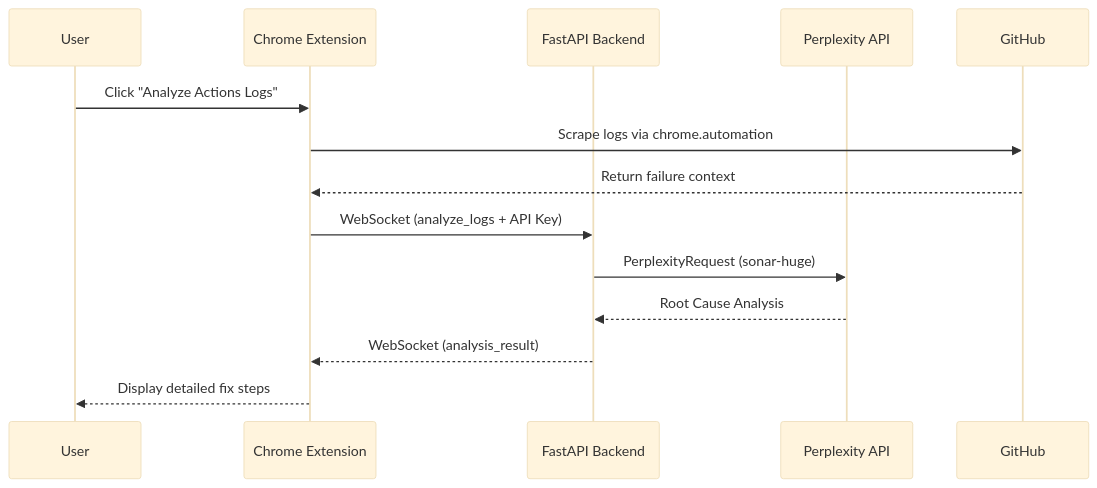
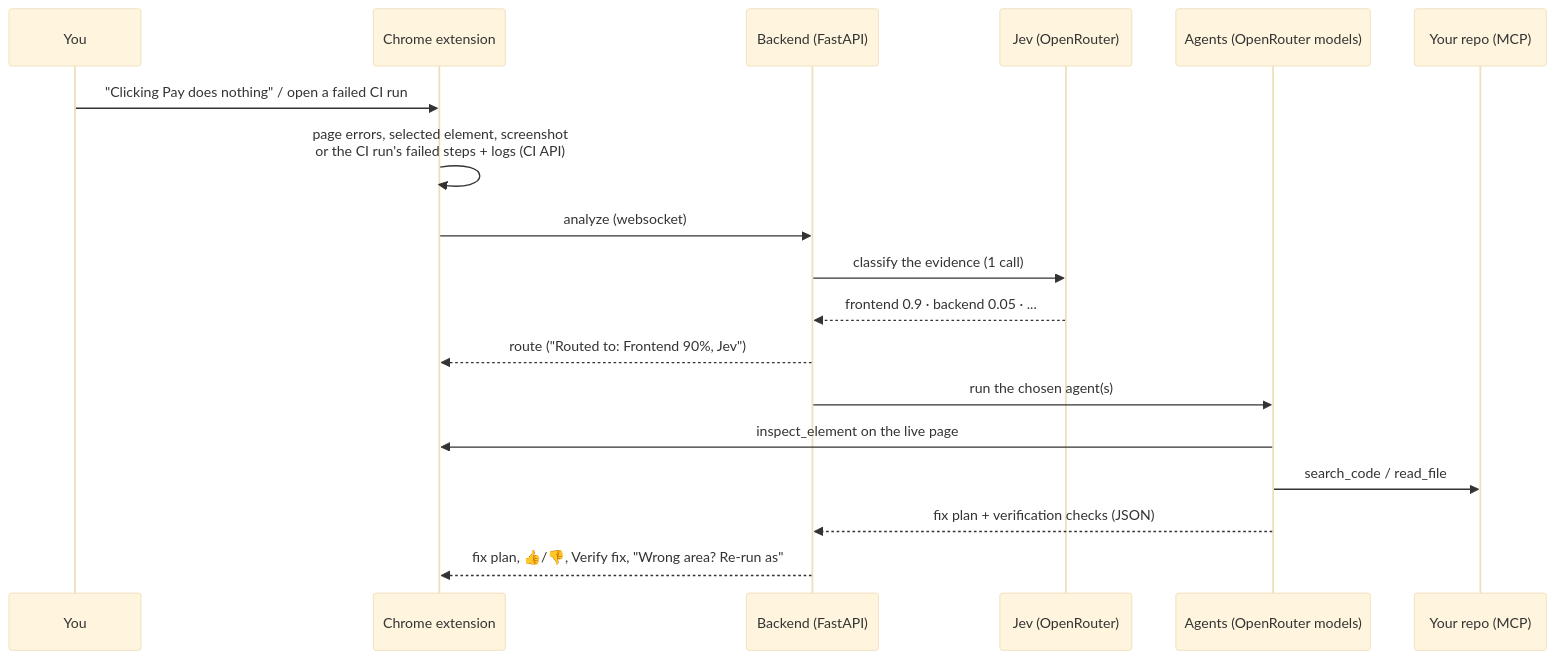
One commit to Amitro123/CodeReview-Agent changed the diagram in README.md. Above: the diagram before and after it, drawn with Mermaid (base theme). The commit also changed other lines of this file and 1 other file, not shown here.

First line of the commit message:
Rewrite the README for the routed flow; widen failed code searches

````diff
--- a/README.md
+++ b/README.md
@@ -32,17 +43,21 @@
 ```mermaid
 sequenceDiagram
-    participant U as User
-    participant E as Chrome Extension
-    participant B as FastAPI Backend
-    participant A as Perplexity API
-    participant G as GitHub
+    participant U as You
+    participant E as Chrome extension
+    participant B as Backend (FastAPI)
+    participant J as Jev (OpenRouter)
+    participant A as Agents (OpenRouter models)
+    participant R as Your repo (MCP)
 
-    U->>E: Click "Analyze Actions Logs"
-    E->>G: Scrape logs via chrome.automation
-    G-->>E: Return failure context
-    E->>B: WebSocket (analyze_logs + API Key)
-    B->>A: PerplexityRequest (sonar-huge)
-    A-->>B: Root Cause Analysis
-    B-->>E: WebSocket (analysis_result)
-    E-->>U: Display detailed fix steps
+    U->>E: "Clicking Pay does nothing" / open a failed CI run
+    E->>E: page errors, selected element, screenshot<br/>or the CI run's failed steps + logs (CI API)
+    E->>B: analyze (websocket)
+    B->>J: classify the evidence (1 call)
+    J-->>B: frontend 0.9 · backend 0.05 · ...
+    B-->>E: route ("Routed to: Frontend 90%, Jev")
+    B->>A: run the chosen agent(s)
+    A->>E: inspect_element on the live page
+    A->>R: search_code / read_file
+    A-->>B: fix plan + verification checks (JSON)
+    B-->>E: fix plan, 👍/👎, Verify fix, "Wrong area? Re-run as"
 ```
````
